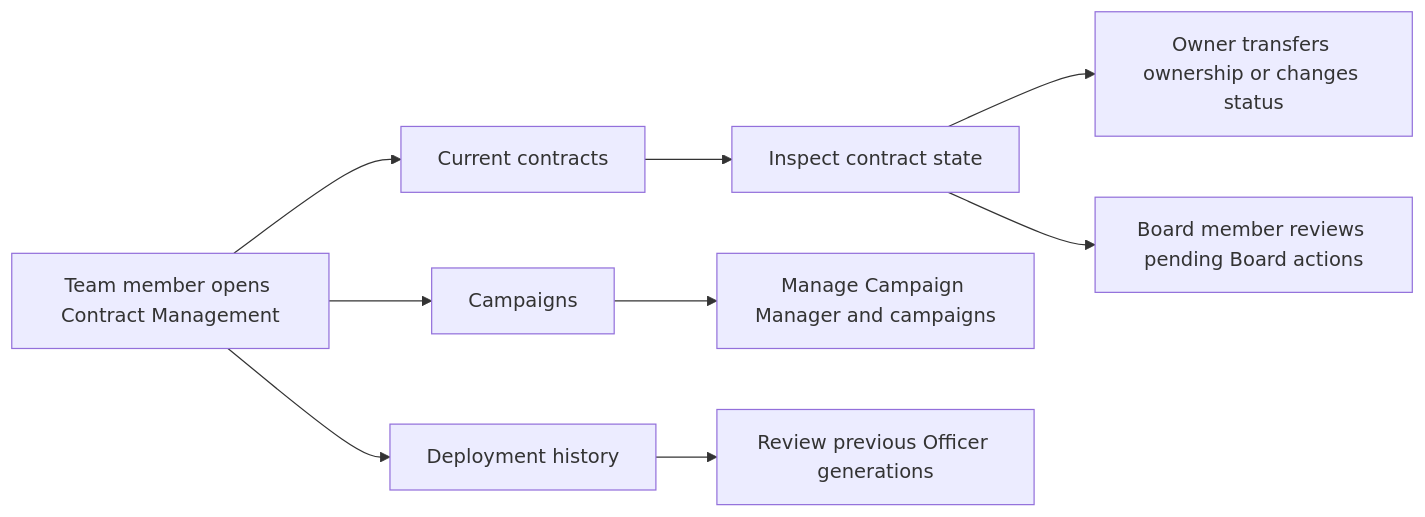
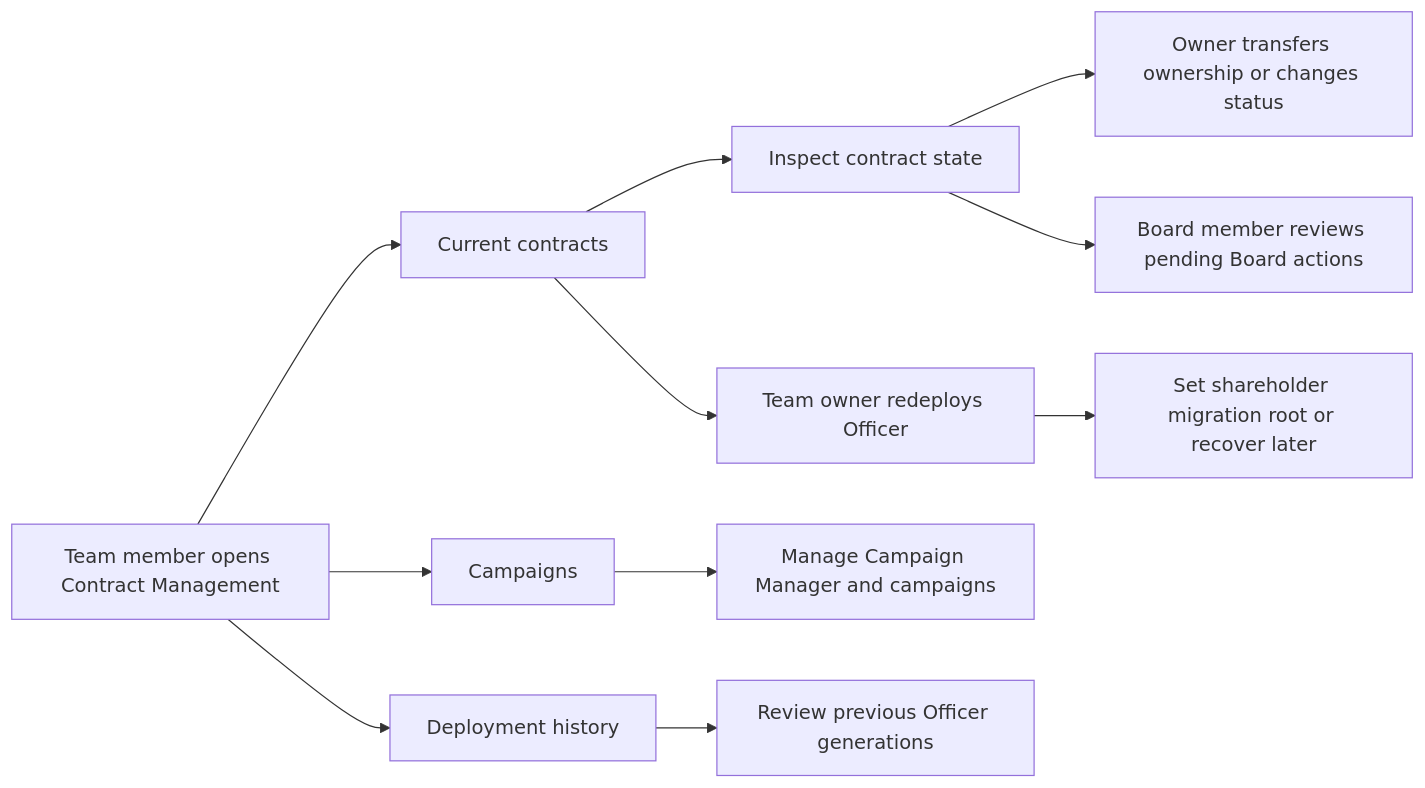
The diagram in docs/features/contract-management/README.md (globe-and-citizen/cnc-portal), drawn with Mermaid before and after one commit. The commit also changed other lines of this file, not shown here.

Commit message:
docs: 📝 document officer redeployment journey

````diff
--- a/docs/features/contract-management/README.md
+++ b/docs/features/contract-management/README.md
@@ -24,13 +26,15 @@
 ```mermaid
 flowchart LR
     Member[Team member opens Contract Management] --> Current[Current contracts]
     Member --> Campaigns[Campaigns]
     Member --> History[Deployment history]
 
     Current --> Inspect[Inspect contract state]
     Inspect --> Direct[Owner transfers ownership or changes status]
     Inspect --> Board[Board member reviews pending Board actions]
+    Current --> Redeploy[Team owner redeploys Officer]
+    Redeploy --> Migration[Set shareholder migration root or recover later]
 
     Campaigns --> CampaignManager[Manage Campaign Manager and campaigns]
     History --> Previous[Review previous Officer generations]
 ```
````
